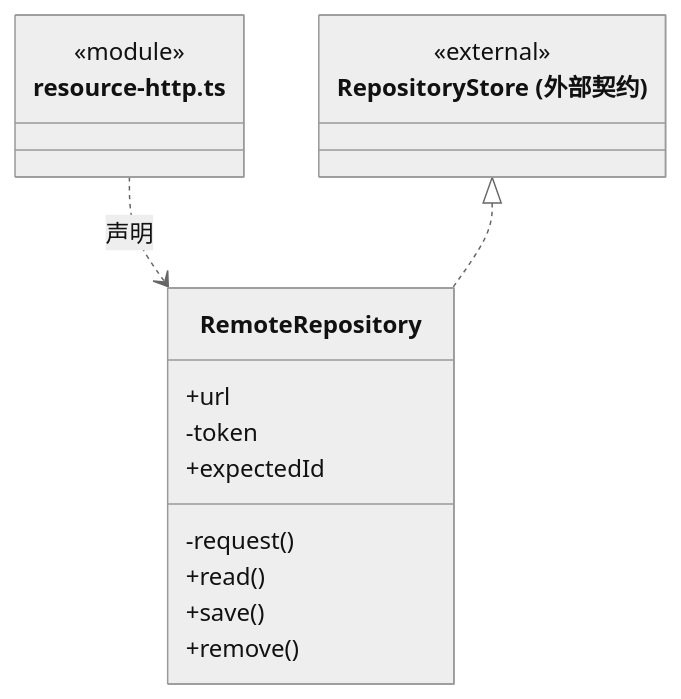
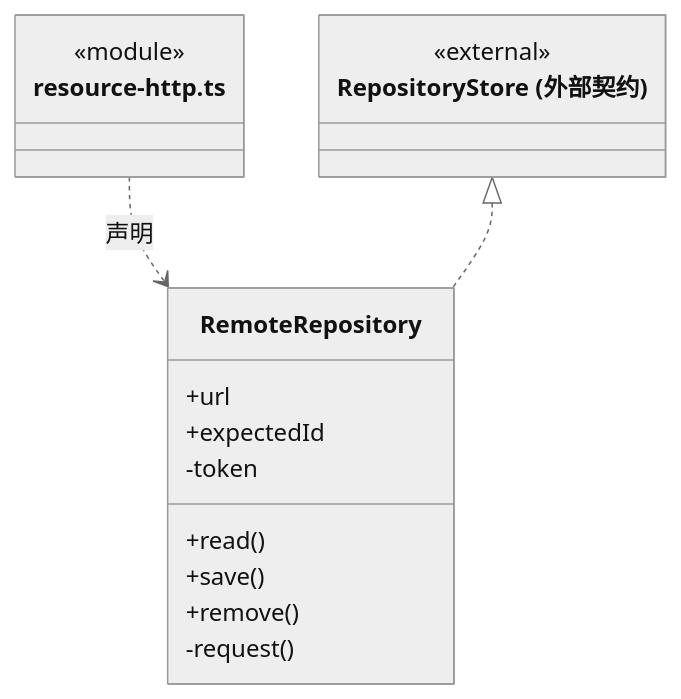
The second of 7 diagrams in src/backend/main/resources/ARCHITECTURE.md (nan023062/cbim), drawn with Mermaid (neutral theme) before and after one commit. The commit also changed other lines of this file and 240 other files, not shown here.

````diff
--- a/src/backend/main/resources/ARCHITECTURE.md
+++ b/src/backend/main/resources/ARCHITECTURE.md
@@ -21,20 +31,20 @@
 ```mermaid
 classDiagram
 class N_src_backend_main_resources_resource_http_ts["resource-http.ts"] {
   <<module>>
 }
 class N_src_backend_main_resources_resource_http_ts_RemoteRepository["RemoteRepository"] {
   +url
-  -token
   +expectedId
-  -request()
   +read()
   +save()
   +remove()
+  -token
+  -request()
 }
 N_src_backend_main_resources_resource_http_ts ..> N_src_backend_main_resources_resource_http_ts_RemoteRepository : 声明
 class N_src_backend_main_resources_resource_http_ts_external_RepositoryStore["RepositoryStore (外部契约)"] {
   <<external>>
 }
 N_src_backend_main_resources_resource_http_ts_external_RepositoryStore <|.. N_src_backend_main_resources_resource_http_ts_RemoteRepository
 ```
````
